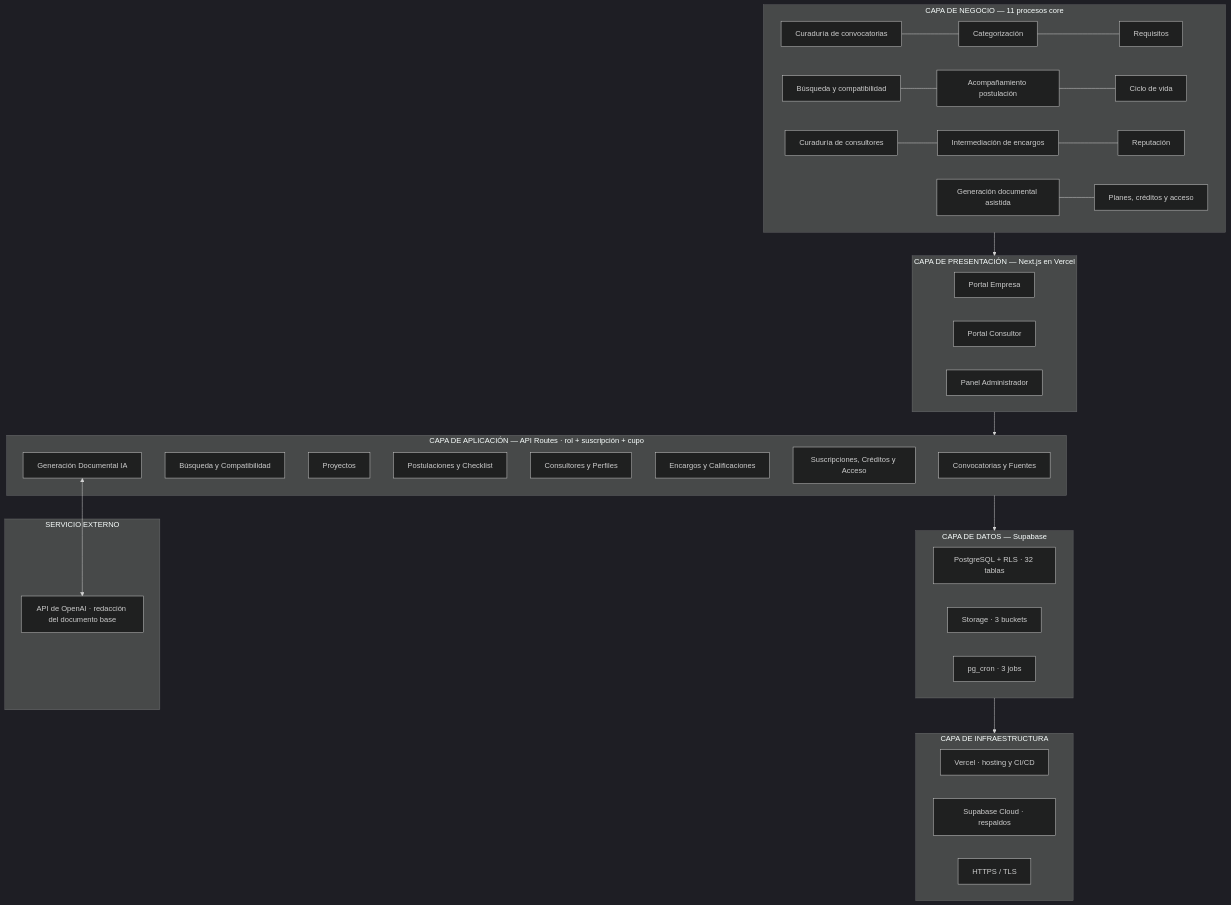
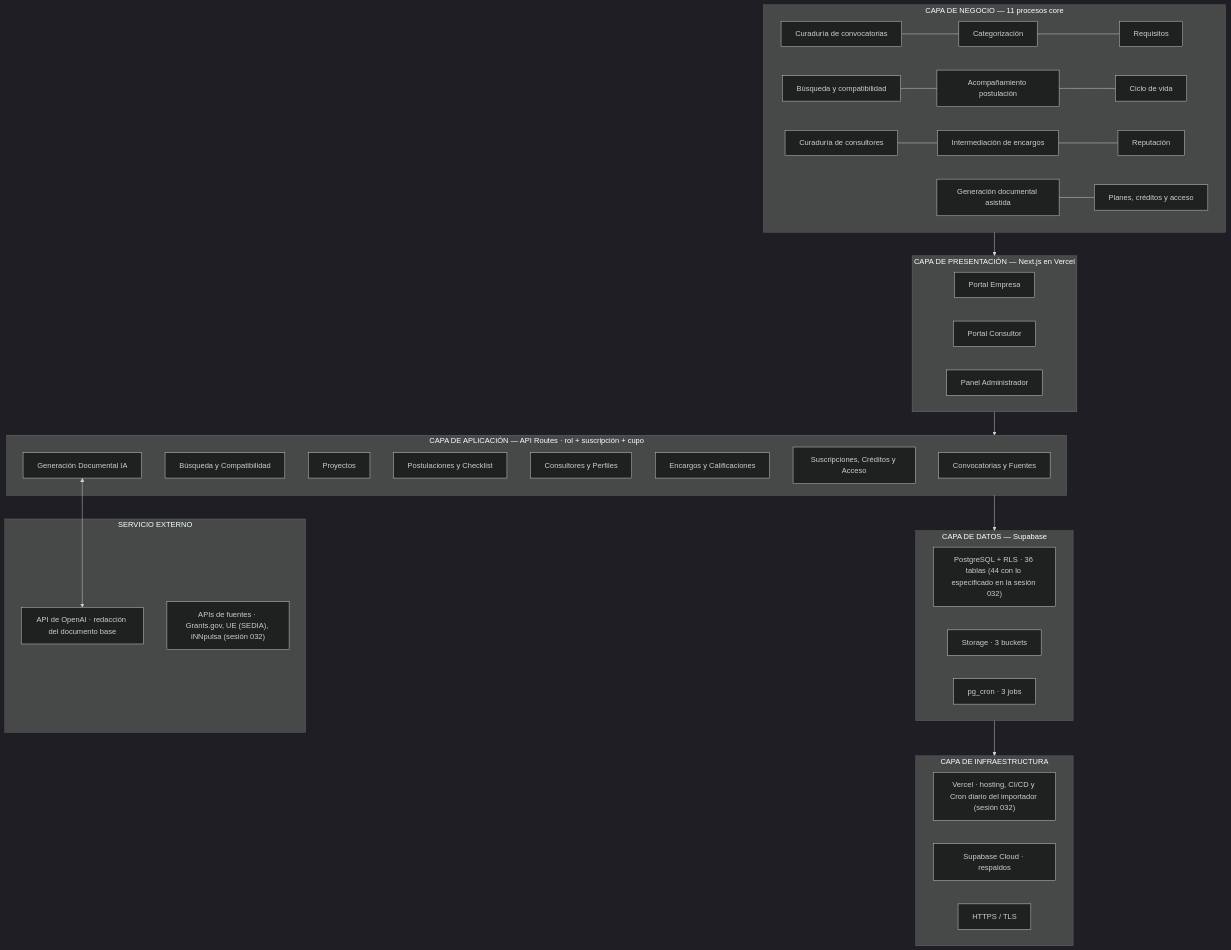
Before and after one commit to danielangeline/Convocatorias: the diagram in docs/04-arquitectura.md, drawn with Mermaid (dark theme). The commit also changed other lines of this file and 12 other files, not shown here.

````diff
--- a/docs/04-arquitectura.md
+++ b/docs/04-arquitectura.md
@@ -12,39 +12,40 @@
 ```mermaid
 flowchart TB
     subgraph NEGOCIO["CAPA DE NEGOCIO — 11 procesos core"]
         P1["Curaduría de convocatorias"] --- P2["Categorización"] --- P3["Requisitos"]
         P4["Búsqueda y compatibilidad"] --- P5["Acompañamiento postulación"] --- P6["Ciclo de vida"]
         P7["Curaduría de consultores"] --- P8["Intermediación de encargos"] --- P9["Reputación"]
         P10["Generación documental asistida"] --- P11["Planes, créditos y acceso"]
     end
     subgraph PRESENTACION["CAPA DE PRESENTACIÓN — Next.js en Vercel"]
         PU["Portal Empresa"]
         PC["Portal Consultor"]
         PA["Panel Administrador"]
     end
     subgraph APLICACION["CAPA DE APLICACIÓN — API Routes · rol + suscripción + cupo"]
         S1["Convocatorias y Fuentes"]
         S2["Búsqueda y Compatibilidad"]
         S3["Proyectos"]
         S4["Postulaciones y Checklist"]
         S5["Consultores y Perfiles"]
         S6["Encargos y Calificaciones"]
         S7["Suscripciones, Créditos y Acceso"]
         S8["Generación Documental IA"]
     end
     subgraph IA["SERVICIO EXTERNO"]
         CL["API de OpenAI · redacción del documento base"]
+        EXT["APIs de fuentes · Grants.gov, UE (SEDIA), iNNpulsa (sesión 032)"]
     end
     subgraph DATOS["CAPA DE DATOS — Supabase"]
-        DB["PostgreSQL + RLS · 32 tablas"]
+        DB["PostgreSQL + RLS · 36 tablas (44 con lo especificado en la sesión 032)"]
         ST["Storage · 3 buckets"]
         CR["pg_cron · 3 jobs"]
     end
     subgraph INFRA["CAPA DE INFRAESTRUCTURA"]
-        V["Vercel · hosting y CI/CD"]
+        V["Vercel · hosting, CI/CD y Cron diario del importador (sesión 032)"]
         SC["Supabase Cloud · respaldos"]
         TLS["HTTPS / TLS"]
     end
     NEGOCIO --> PRESENTACION --> APLICACION --> DATOS --> INFRA
     S8 <--> CL
 ```
````
